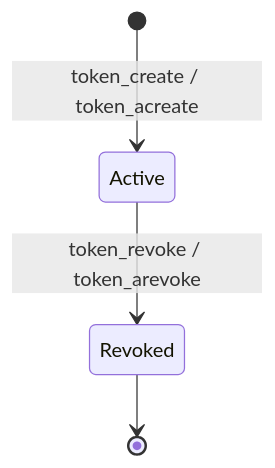
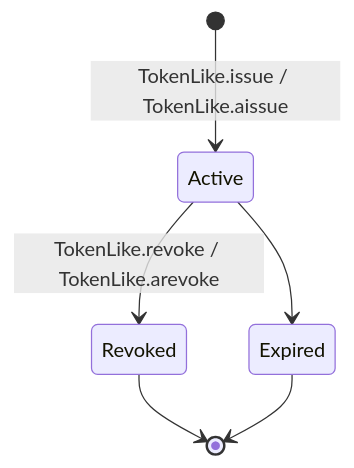
The diagram in docs/pages/auth/token.rst (wemake-services/django-modern-rest), drawn with Mermaid before and after one commit. The commit also changed other lines of this file and 73 other files, not shown here.

```diff
--- a/docs/pages/auth/token.rst
+++ b/docs/pages/auth/token.rst
@@ -85,8 +82,10 @@
 .. mermaid::
   :caption: Token states
   :config: {"theme": "forest"}
 
   stateDiagram-v2
-      [*] --> Active: token_create / token_acreate
-      Active --> Revoked: token_revoke / token_arevoke
+      [*] --> Active: TokenLike.issue / TokenLike.aissue
+      Active --> Revoked: TokenLike.revoke / TokenLike.arevoke
       Revoked --> [*]
+      Active --> Expired
+      Expired --> [*]
```
